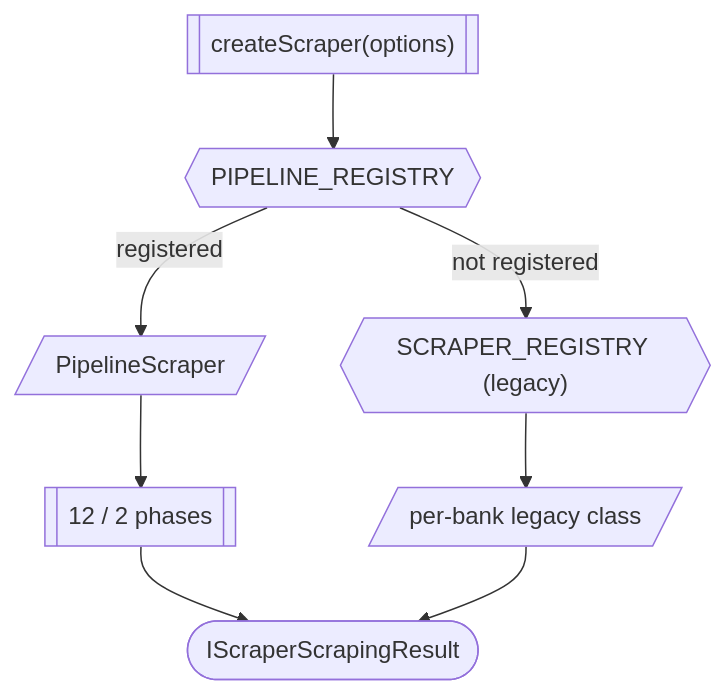
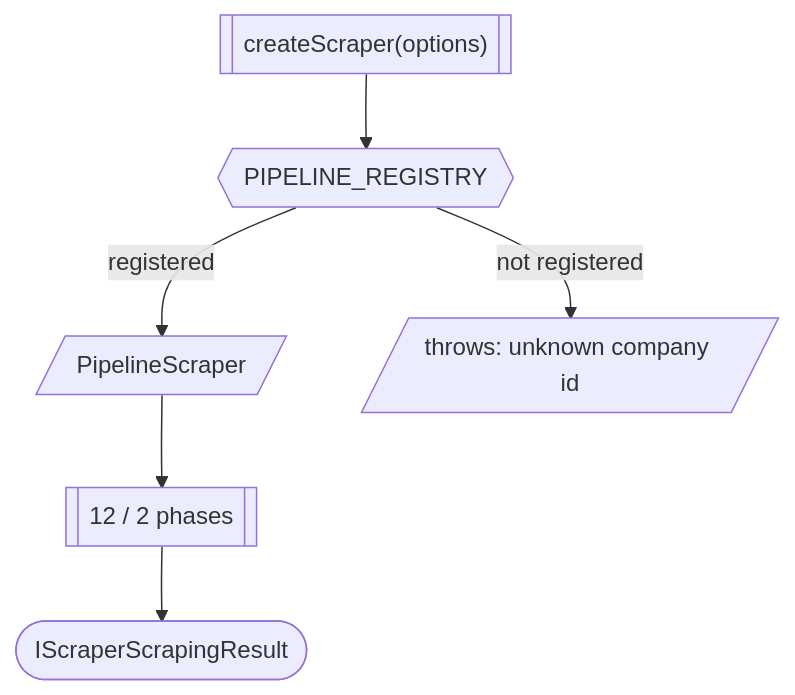
One commit to sergienko4/israeli-bank-scrapers changed the diagram in docs/architecture/index.md. Above: the diagram before and after it, drawn with Mermaid. The commit also changed other lines of this file and 116 other files, not shown here.

````diff
--- a/docs/architecture/index.md
+++ b/docs/architecture/index.md
@@ -22,12 +22,9 @@
 ```mermaid
 flowchart TB
     USER[["createScraper(options)"]]
     REG{{"PIPELINE_REGISTRY"}}
-    LEGACY{{"SCRAPER_REGISTRY (legacy)"}}
     USER --> REG
     REG -->|registered| PIPE[/"PipelineScraper"/]
-    REG -->|not registered| LEGACY
-    LEGACY --> LCLS[/"per-bank legacy class"/]
+    REG -->|not registered| ERR[/"throws: unknown company id"/]
     PIPE --> CHAIN[["12 / 2 phases"]] --> RESULT(["IScraperScrapingResult"])
-    LCLS --> RESULT
 ```
````
